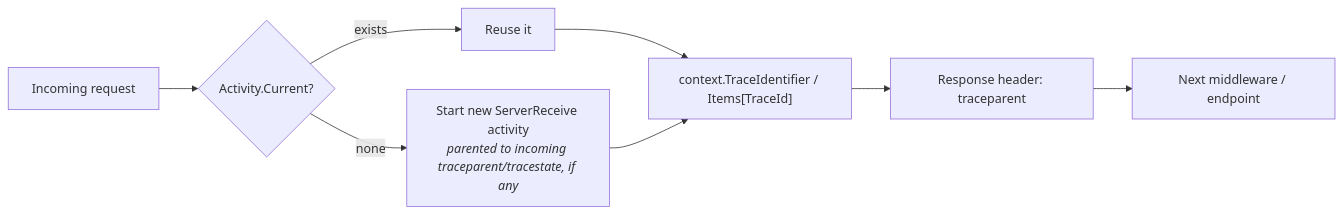
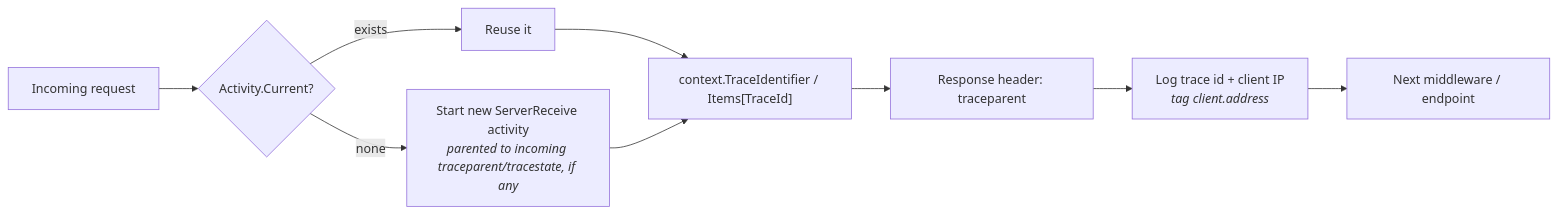
One commit to artur-rios/dotnet-webapi-util changed the diagram in docs/content/en/docs/middleware-and-diagnostics.md. Above: the diagram before and after it, drawn with Mermaid. The commit also changed other lines of this file and 6 other files, not shown here.

First line of the commit message:
feat: log the client ip when a request starts

````diff
--- a/docs/content/en/docs/middleware-and-diagnostics.md
+++ b/docs/content/en/docs/middleware-and-diagnostics.md
@@ -116,10 +144,11 @@
 ```mermaid
 flowchart LR
     Req["Incoming request"] --> Check{"Activity.Current?"}
     Check -- "exists" --> Reuse["Reuse it"]
     Check -- "none" --> New["Start new ServerReceive activity<br/><i>parented to incoming traceparent/tracestate, if any</i>"]
     Reuse --> Set["context.TraceIdentifier / Items[TraceId]"]
     New --> Set
     Set --> Header["Response header: traceparent"]
-    Header --> Next["Next middleware / endpoint"]
+    Header --> Log["Log trace id + client IP<br/><i>tag client.address</i>"]
+    Log --> Next["Next middleware / endpoint"]
 ```
````
